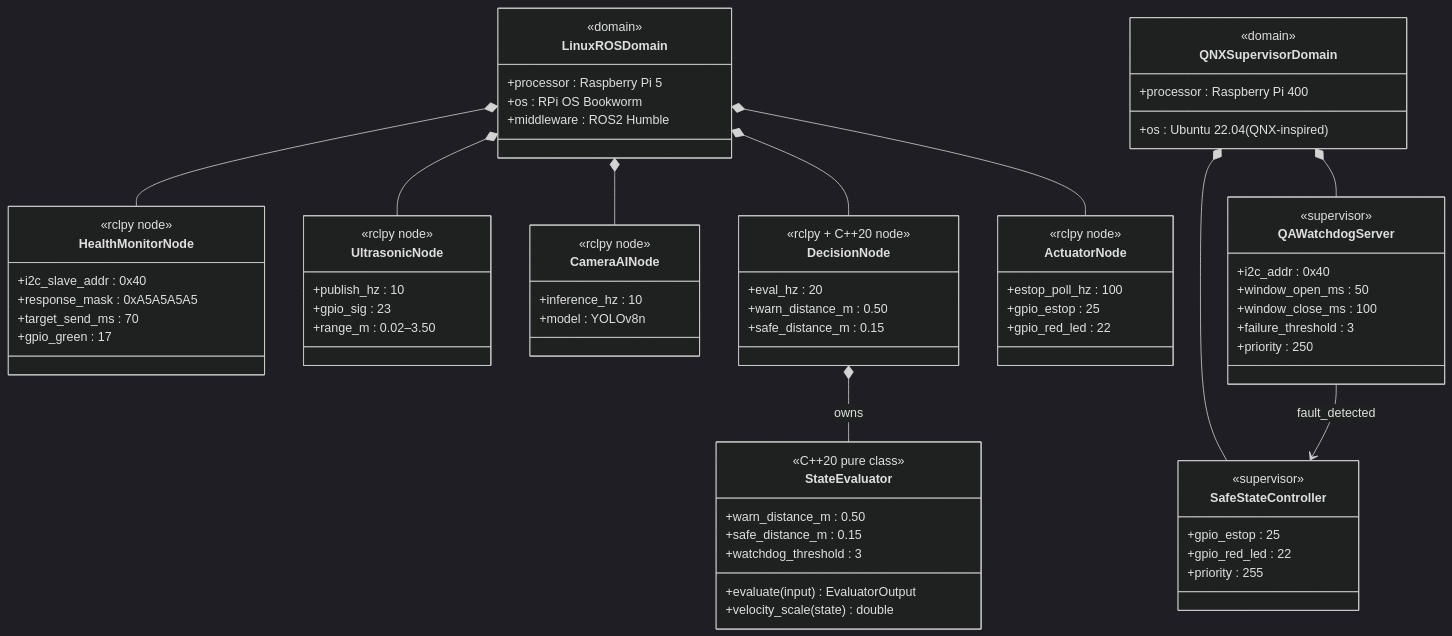
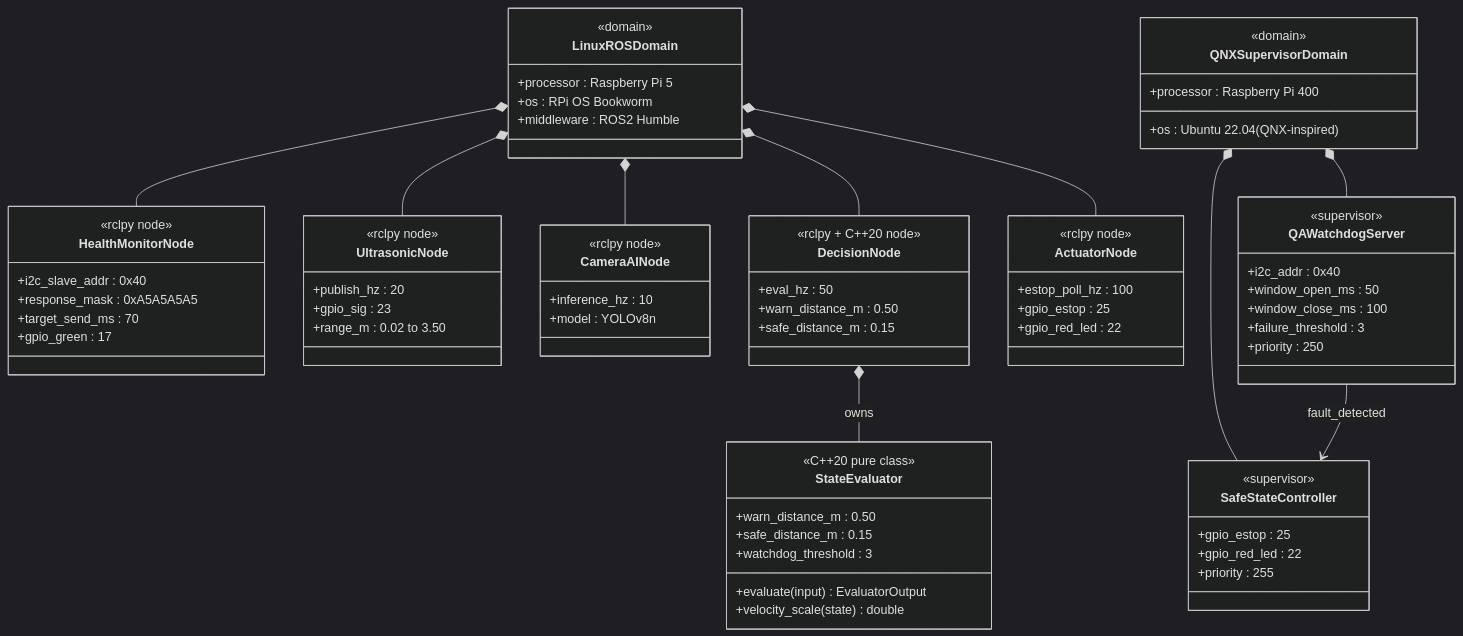
The second of 11 diagrams in docs/sysml/architecture_diagrams.md (tipou82/safety-supervised-edge-ai-demo), drawn with Mermaid (dark theme) before and after one commit. The commit also changed 5 other files, not shown here.

```diff
--- a/docs/sysml/architecture_diagrams.md
+++ b/docs/sysml/architecture_diagrams.md
@@ -103,9 +103,9 @@
 
     class UltrasonicNode {
         <<rclpy node>>
-        +publish_hz : 10
+        +publish_hz : 20
         +gpio_sig : 23
-        +range_m : 0.02–3.50
+        +range_m : 0.02 to 3.50
     }
 
     class CameraAINode {
@@ -116,7 +116,7 @@
 
     class DecisionNode {
         <<rclpy + C++20 node>>
-        +eval_hz : 20
+        +eval_hz : 50
         +warn_distance_m : 0.50
         +safe_distance_m : 0.15
     }
```
